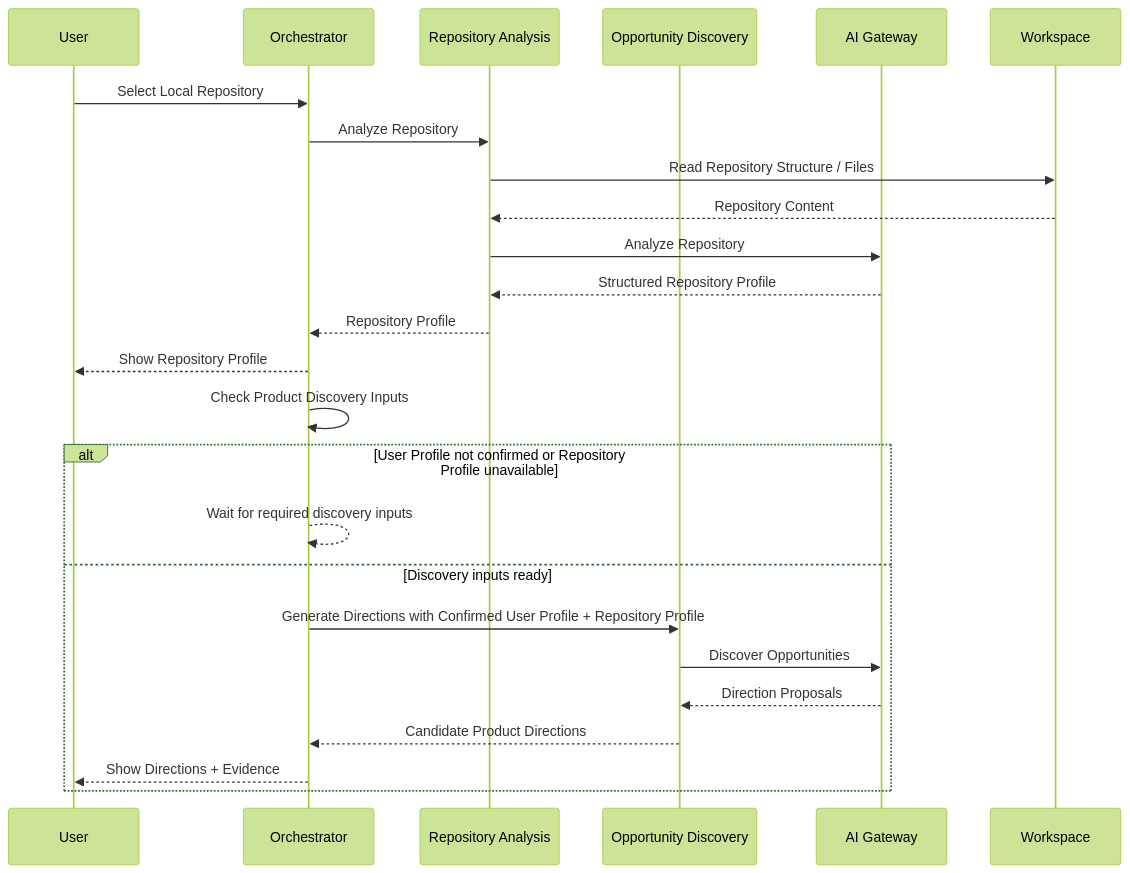
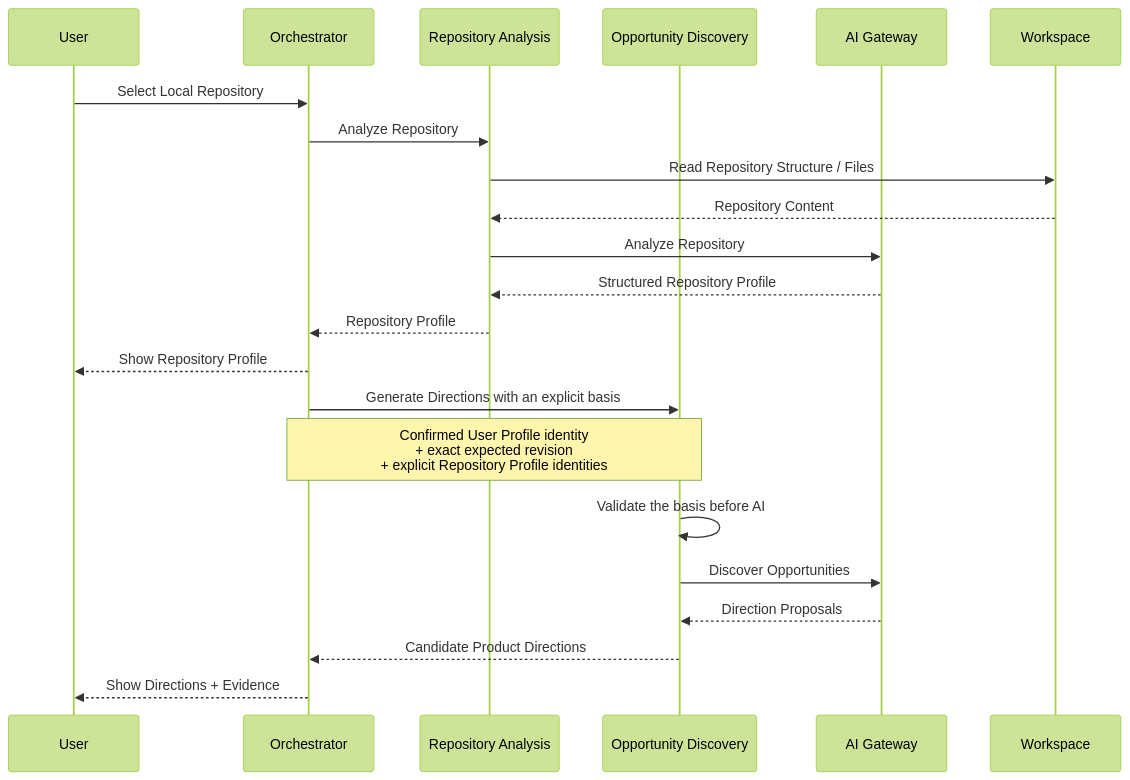
The fourth of 5 diagrams in docs/ARCHITECTURE.md (ayywl288/DelveForge), drawn with Mermaid (forest theme) before and after one commit. The commit also changed other lines of this file and 1 other file, not shown here.

First paragraph of the commit message:
docs(m2): reconcile the Discovery contract with the explicit-basis MVP
Task 9A 的调查结论：当前项目没有 Product Discovery 输入基线的持久概念——没有
「当前 UserProfile」、没有 RepositoryProfile 的参与规则、没有「这条基线是否已经
被消费」的身份。实现里真正存在的是一个显式命令：

````diff
--- a/docs/ARCHITECTURE.md
+++ b/docs/ARCHITECTURE.md
@@ -900,33 +904,29 @@
 ```mermaid
 sequenceDiagram
     participant U as User
     participant O as Orchestrator
     participant RA as Repository Analysis
     participant OD as Opportunity Discovery
     participant AI as AI Gateway
     participant WS as Workspace
 
     U->>O: Select Local Repository
 
     O->>RA: Analyze Repository
     RA->>WS: Read Repository Structure / Files
     WS-->>RA: Repository Content
 
     RA->>AI: Analyze Repository
     AI-->>RA: Structured Repository Profile
 
     RA-->>O: Repository Profile
     O-->>U: Show Repository Profile
 
-    O->>O: Check Product Discovery Inputs
-
-    alt User Profile not confirmed or Repository Profile unavailable
-        O-->>O: Wait for required discovery inputs
-    else Discovery inputs ready
-        O->>OD: Generate Directions with Confirmed User Profile + Repository Profile
-        OD->>AI: Discover Opportunities
-        AI-->>OD: Direction Proposals
-        OD-->>O: Candidate Product Directions
-        O-->>U: Show Directions + Evidence
-    end
+    O->>OD: Generate Directions with an explicit basis
+    Note over O,OD: Confirmed User Profile identity<br/>+ exact expected revision<br/>+ explicit Repository Profile identities
+    OD->>OD: Validate the basis before AI
+    OD->>AI: Discover Opportunities
+    AI-->>OD: Direction Proposals
+    OD-->>O: Candidate Product Directions
+    O-->>U: Show Directions + Evidence
 ```
````
